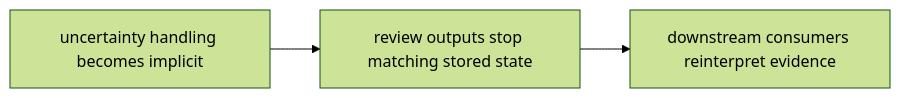
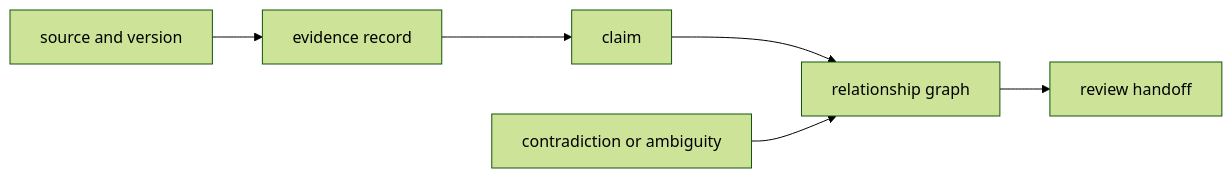
One commit to bijux/bijux-proteomics changed the diagram in docs/06-bijux-proteomics-knowledge/quality/risk-register.md. Above: the diagram before and after it, drawn with Mermaid (forest theme). The commit also changed other lines of this file and 2 other files, not shown here.

Commit message:
docs(knowledge): define evidence custody boundaries

````diff
--- a/docs/06-bijux-proteomics-knowledge/quality/risk-register.md
+++ b/docs/06-bijux-proteomics-knowledge/quality/risk-register.md
@@ -16,8 +17,8 @@
 ```mermaid
 flowchart LR
-    uncertainty["uncertainty handling becomes implicit"]
-    outputs["review outputs stop matching stored state"]
-    consumers["downstream consumers reinterpret evidence"]
-
-    uncertainty --> outputs --> consumers
+    S["source and version"] --> E["evidence record"]
+    E --> C["claim"]
+    C --> G["relationship graph"]
+    G --> H["review handoff"]
+    X["contradiction or ambiguity"] --> G
 ```
````
